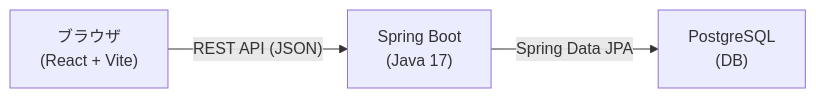
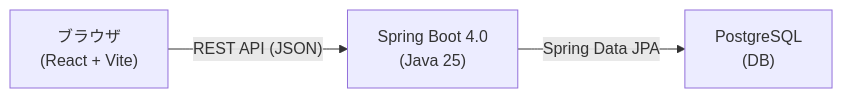
One commit to Masaki-0225/AIgakusyuu changed the diagram in docs/tech-stack.md. Above: the diagram before and after it, drawn with Mermaid. The commit also changed other lines of this file and 1 other file, not shown here.

````diff
--- a/docs/tech-stack.md
+++ b/docs/tech-stack.md
@@ -50,5 +50,5 @@
 ```mermaid
 flowchart LR
-    A["ブラウザ\n(React + Vite)"] -- "REST API (JSON)" --> B["Spring Boot\n(Java 17)"]
+    A["ブラウザ\n(React + Vite)"] -- "REST API (JSON)" --> B["Spring Boot 4.0\n(Java 25)"]
     B -- "Spring Data JPA" --> C["PostgreSQL\n(DB)"]
 ```
````
